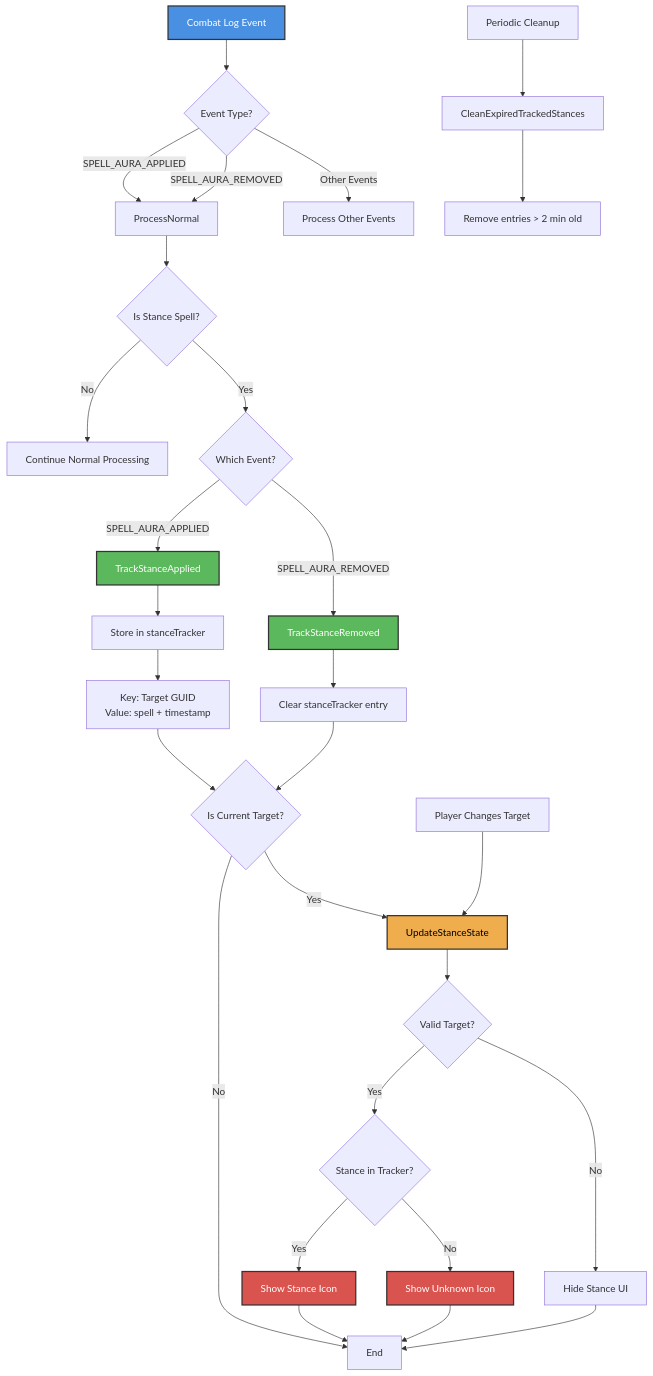
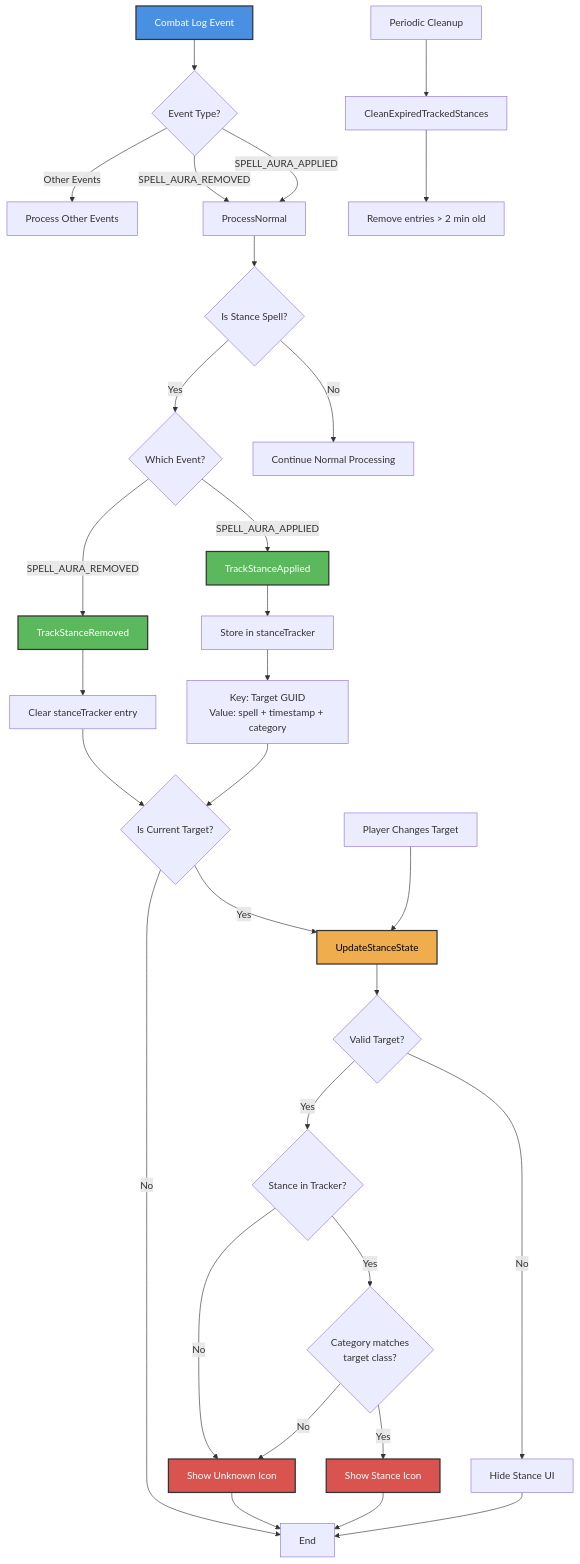
Before and after one commit to RagedUnicorn/wow-classic-pvpwarn: the diagram in docs/stance_tracking_flow.md, drawn with Mermaid. The commit also changed other lines of this file and 7 other files, not shown here.

Commit message:
feat: add stance spell tracking for Hunters and update documentation

````diff
--- a/docs/stance_tracking_flow.md
+++ b/docs/stance_tracking_flow.md
@@ -5,49 +5,52 @@
 ```mermaid
 graph TD
     CombatLogEvent[Combat Log Event] --> EventTypeCheck{Event Type?}
 
     EventTypeCheck -->|SPELL_AURA_APPLIED| ProcessNormal[ProcessNormal]
     EventTypeCheck -->|SPELL_AURA_REMOVED| ProcessNormal
     EventTypeCheck -->|Other Events| ProcessOther[Process Other Events]
 
     ProcessNormal --> IsStanceCheck{Is Stance Spell?}
     IsStanceCheck -->|No| ContinueNormal[Continue Normal Processing]
     IsStanceCheck -->|Yes| WhichEventCheck{Which Event?}
 
     WhichEventCheck -->|SPELL_AURA_APPLIED| TrackApplied[TrackStanceApplied]
     WhichEventCheck -->|SPELL_AURA_REMOVED| TrackRemoved[TrackStanceRemoved]
 
     TrackApplied --> StoreTracker[Store in stanceTracker]
-    StoreTracker --> TrackerData[Key: Target GUID<br/>Value: spell + timestamp]
+    StoreTracker --> TrackerData[Key: Target GUID<br/>Value: spell + timestamp + category]
 
     TrackRemoved --> ClearTracker[Clear stanceTracker entry]
 
     TrackerData --> CurrentTargetCheck{Is Current Target?}
     ClearTracker --> CurrentTargetCheck
 
     CurrentTargetCheck -->|Yes| UpdateState[UpdateStanceState]
     CurrentTargetCheck -->|No| End[End]
 
     UpdateState --> ValidTargetCheck{Valid Target?}
     ValidTargetCheck -->|No| HideUI[Hide Stance UI]
     ValidTargetCheck -->|Yes| StanceInTrackerCheck{Stance in Tracker?}
 
-    StanceInTrackerCheck -->|Yes| ShowStance[Show Stance Icon]
+    StanceInTrackerCheck -->|Yes| CategoryCheck{Category matches<br/>target class?}
     StanceInTrackerCheck -->|No| ShowUnknown[Show Unknown Icon]
+
+    CategoryCheck -->|Yes| ShowStance[Show Stance Icon]
+    CategoryCheck -->|No| ShowUnknown
 
     ShowStance --> End
     ShowUnknown --> End
     HideUI --> End
 
     PlayerChangesTarget[Player Changes Target] --> UpdateState
 
     PeriodicCleanup[Periodic Cleanup] --> CleanExpired[CleanExpiredTrackedStances]
     CleanExpired --> RemoveOld[Remove entries > 2 min old]
 
     style CombatLogEvent fill:#4a90e2,stroke:#333,stroke-width:2px,color:#fff
     style TrackApplied fill:#5cb85c,stroke:#333,stroke-width:2px,color:#fff
     style TrackRemoved fill:#5cb85c,stroke:#333,stroke-width:2px,color:#fff
     style UpdateState fill:#f0ad4e,stroke:#333,stroke-width:2px,color:#000
     style ShowStance fill:#d9534f,stroke:#333,stroke-width:2px,color:#fff
     style ShowUnknown fill:#d9534f,stroke:#333,stroke-width:2px,color:#fff
 ```
````
